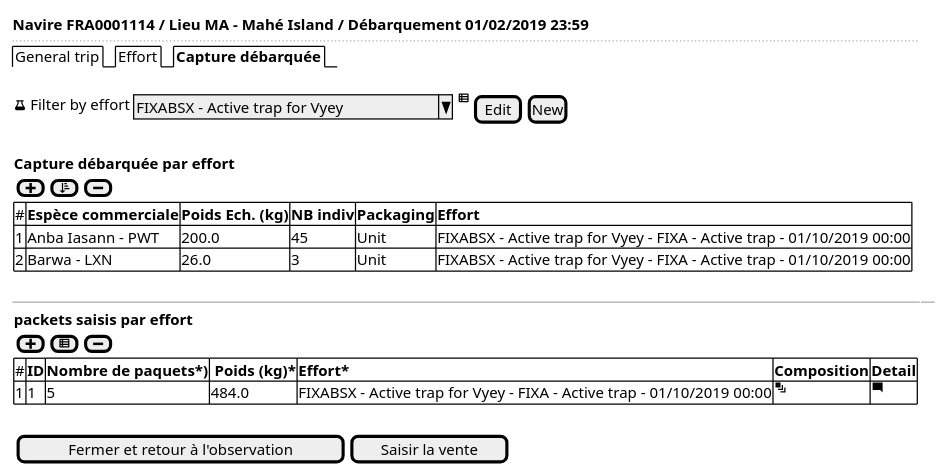
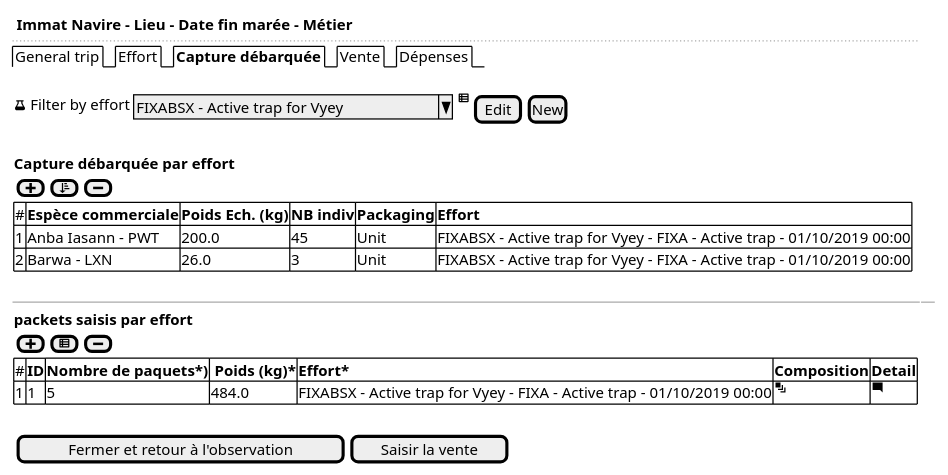
The diagram in use-case/collect/trip/landing-ui-samples.puml (sumaris-net/sumaris-doc), drawn with PlantUML before and after one commit. The commit also changed 7 other files, not shown here.

```diff
--- a/use-case/collect/trip/landing-ui-samples.puml
+++ b/use-case/collect/trip/landing-ui-samples.puml
@@ -1,33 +1,33 @@
 @startsalt
 {
-  <b>Navire FRA0001114 / Lieu MA - Mahé Island / Débarquement 01/02/2019 23:59
+  <b> Immat Navire - Lieu - Date fin marée - Métier
   ..
-  {/ General trip | Effort | <b>Capture débarquée }
+  {/ General trip | Effort | <b>Capture débarquée | Vente | Dépenses }
   .
   {<&beaker> Filter by effort | { ^FIXABSX - Active trap for Vyey^ } | <&spreadsheet> | [Edit] | [New]}
   .
   {
   <b>Capture débarquée par effort
   {[<&plus>]  | [<&sort-ascending>] | [<&minus>]}
 
   {#
   # | <b>Espèce commerciale         | <b>Poids Ech. (kg)   | <b>NB indiv | <b>Packaging | <b>Effort
   1 | Anba Iasann - PWT     | 200.0             | 45 | Unit | FIXABSX - Active trap for Vyey - FIXA - Active trap - 01/10/2019 00:00
   2 | Barwa - LXN     | 26.0             | 3 | Unit | FIXABSX - Active trap for Vyey - FIXA - Active trap - 01/10/2019 00:00
   }
   }
   .
   -- | --
   {
   <b>packets saisis par effort
   {[<&plus>]  | [<&spreadsheet>] | [<&minus>]}
 
   {#
   # | <b>ID | <b>Nombre de paquets*)   | <b> Poids (kg)* | <b>Effort* | <b>Composition | <b>Detail
   1 | 1     | 5             | 484.0 | FIXABSX - Active trap for Vyey - FIXA - Active trap - 01/10/2019 00:00 | <&layers> | <&comment-square>
   }
   }
   .
   {{[Fermer et retour à l'observation] | [Saisir la vente]}}
 }
 @endsalt
```
